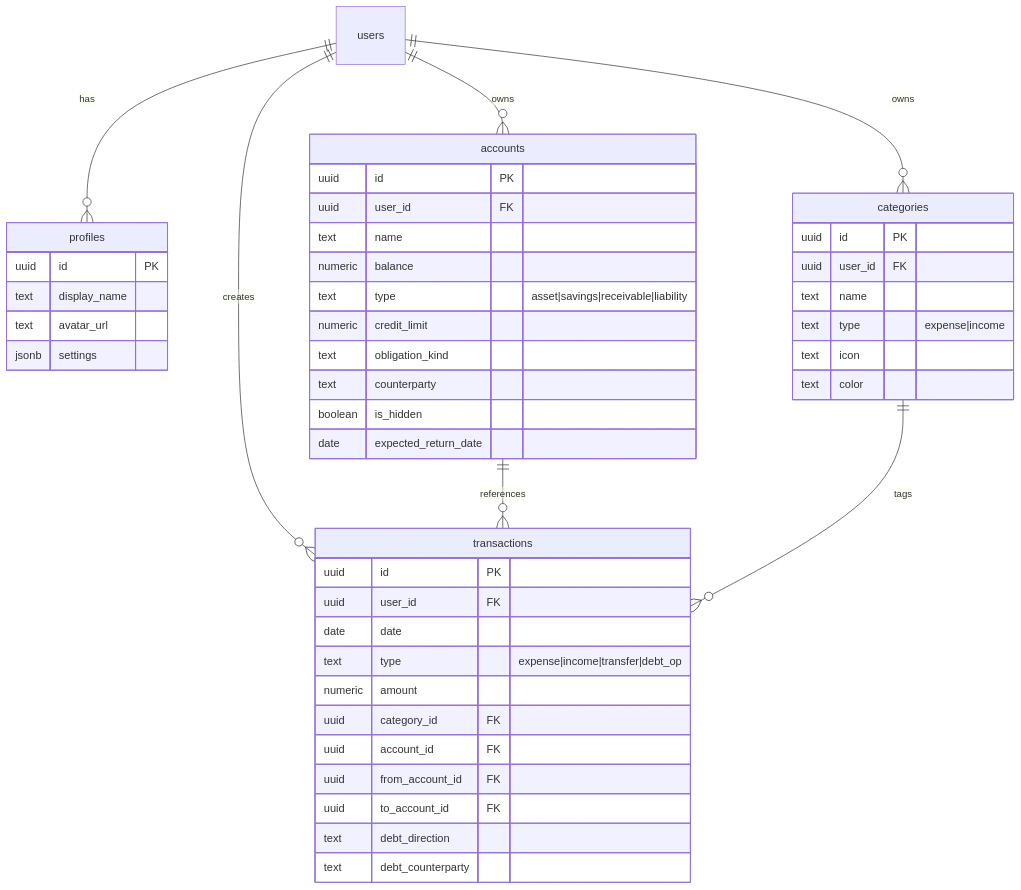
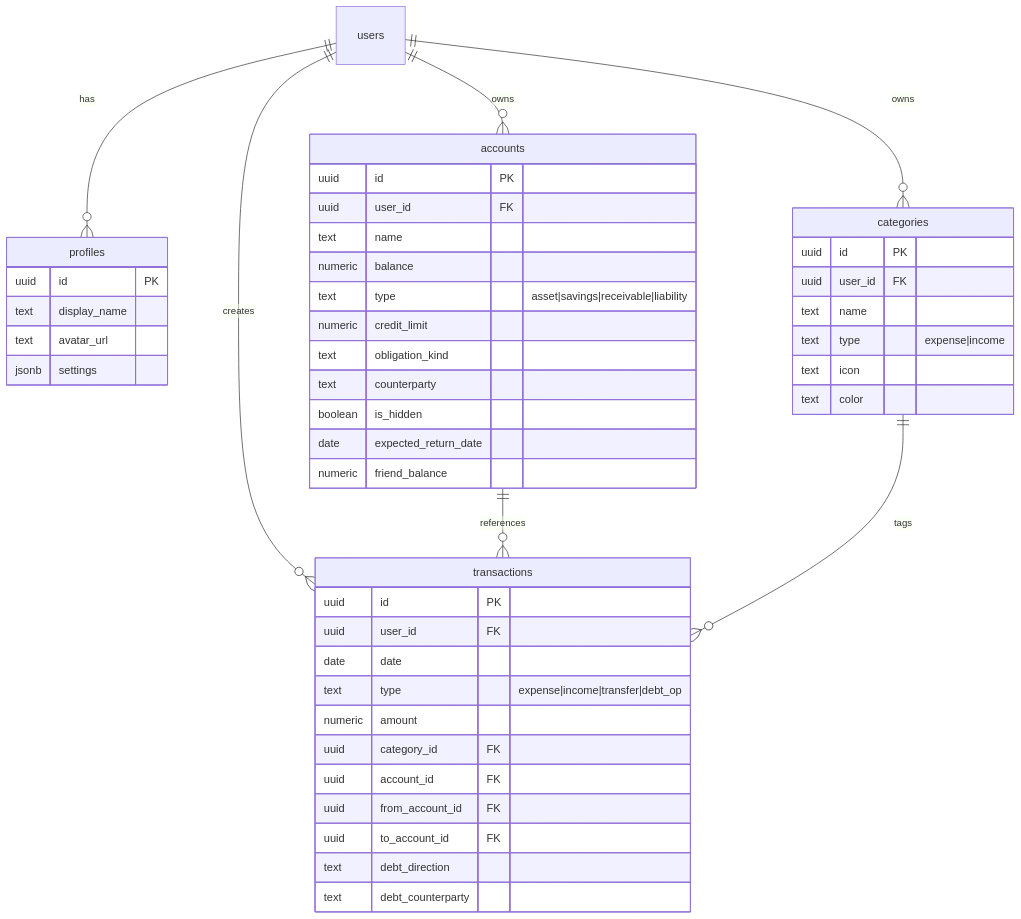
One commit to Sherzattv/ghost-budget changed the first of 2 diagrams in ARCHITECTURE.md. Above: the diagram before and after it, drawn with Mermaid.

Commit message:
docs: обновлена схема БД в документации
- Добавлено поле friend_balance в таблицу accounts (для учета долга друзей в рамках счёта)

````diff
--- a/ARCHITECTURE.md
+++ b/ARCHITECTURE.md
@@ -38,53 +38,54 @@
 ```mermaid
 erDiagram
     users ||--o{ profiles : has
     users ||--o{ accounts : owns
     users ||--o{ categories : owns
     users ||--o{ transactions : creates
     
     accounts ||--o{ transactions : references
     categories ||--o{ transactions : tags
     
     accounts {
         uuid id PK
         uuid user_id FK
         text name
         numeric balance
         text type "asset|savings|receivable|liability"
         numeric credit_limit
         text obligation_kind
         text counterparty
         boolean is_hidden
         date expected_return_date
+        numeric friend_balance
     }
     
     transactions {
         uuid id PK
         uuid user_id FK
         date date
         text type "expense|income|transfer|debt_op"
         numeric amount
         uuid category_id FK
         uuid account_id FK
         uuid from_account_id FK
         uuid to_account_id FK
         text debt_direction
         text debt_counterparty
     }
     
     categories {
         uuid id PK
         uuid user_id FK
         text name
         text type "expense|income"
         text icon
         text color
     }
     
     profiles {
         uuid id PK
         text display_name
         text avatar_url
         jsonb settings
     }
 ```
````
